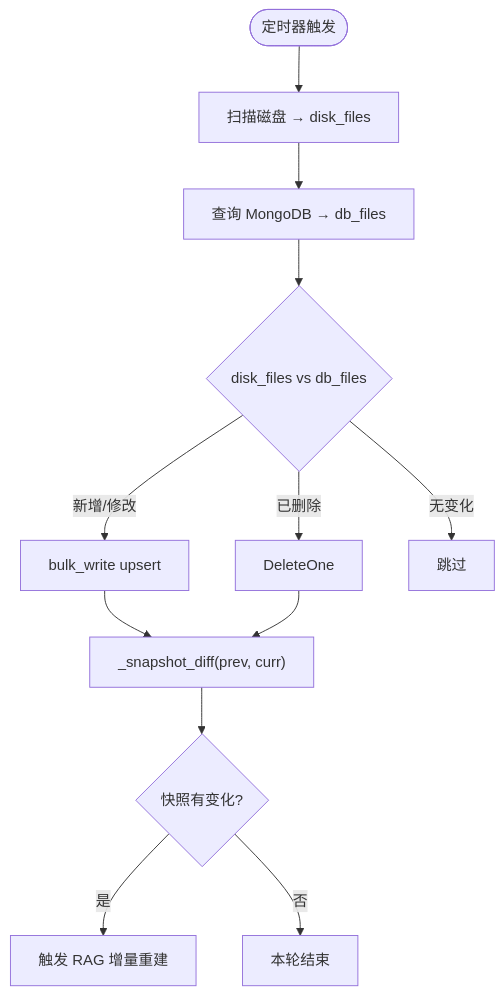
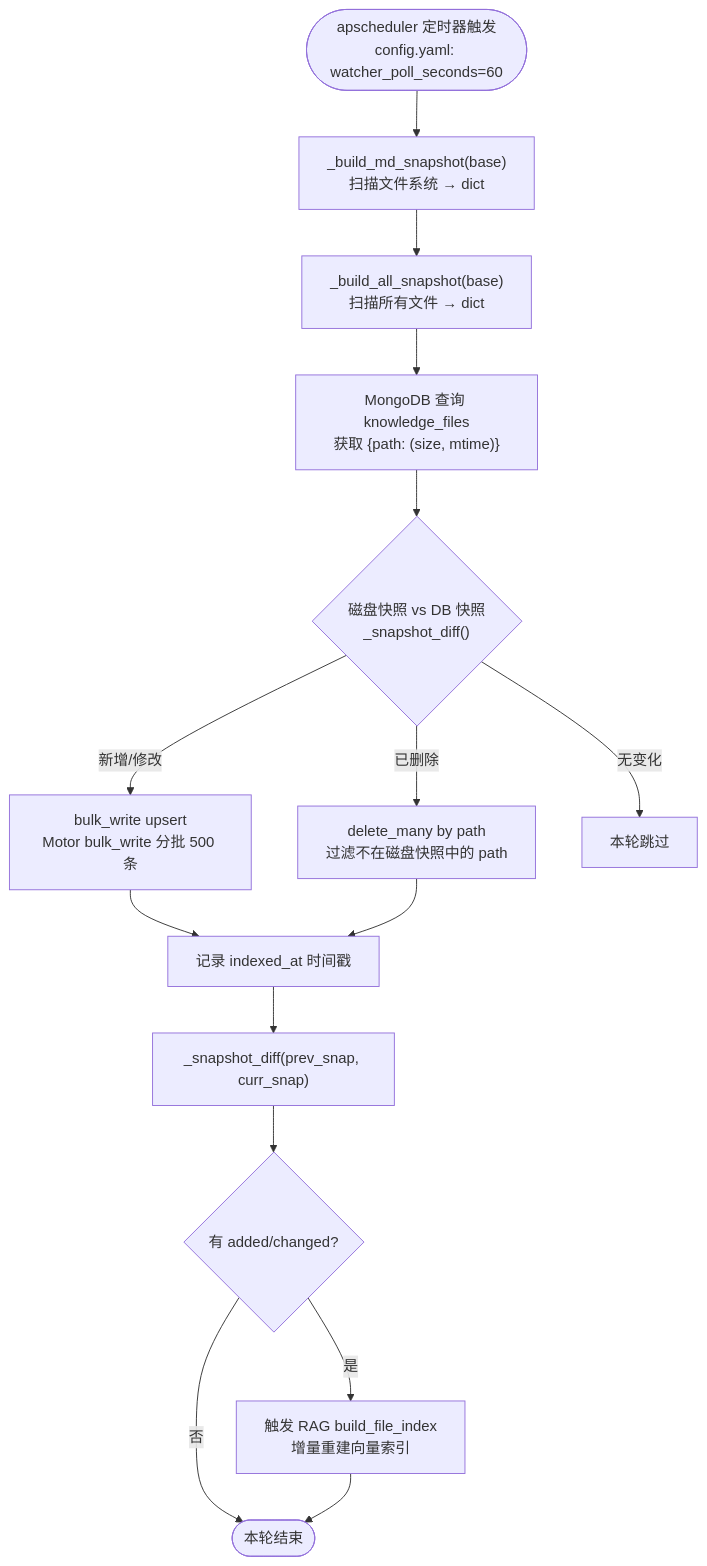
Before and after one commit to effiy/YrY: the second of 2 diagrams in YiKnowledge/projects/yiai/devs/2026-07/02-prd-task-知识库监听器.md, drawn with Mermaid. The commit also changed other lines of this file and 4958 other files, not shown here.

````diff
--- a/YiKnowledge/projects/yiai/devs/2026-07/02-prd-task-知识库监听器.md
+++ b/YiKnowledge/projects/yiai/devs/2026-07/02-prd-task-知识库监听器.md
@@ -109,14 +427,17 @@
 ```mermaid
 flowchart TD
-  A(["定时器触发"]) --> B["扫描磁盘 → disk_files"]
-  B --> C["查询 MongoDB → db_files"]
-  C --> D{"disk_files vs db_files"}
-  D -- "新增/修改" --> E["bulk_write upsert"]
-  D -- "已删除" --> F["DeleteOne"]
-  D -- "无变化" --> G["跳过"]
-  E --> H["_snapshot_diff(prev, curr)"]
-  F --> H
-  H --> I{"快照有变化?"}
-  I -- 是 --> J["触发 RAG 增量重建"]
-  I -- 否 --> K["本轮结束"]
+  A(["apscheduler 定时器触发<br/>config.yaml: watcher_poll_seconds=60"]) --> B["_build_md_snapshot(base)<br/>扫描文件系统 → dict"]
+  B --> C["_build_all_snapshot(base)<br/>扫描所有文件 → dict"]
+  C --> D["MongoDB 查询 knowledge_files<br/>获取 {path: (size, mtime)}"]
+  D --> E{"磁盘快照 vs DB 快照<br/>_snapshot_diff()"}
+  E -- "新增/修改" --> F["bulk_write upsert<br/>Motor bulk_write 分批 500 条"]
+  E -- "已删除" --> G["delete_many by path<br/>过滤不在磁盘快照中的 path"]
+  E -- "无变化" --> H["本轮跳过"]
+  F --> I["记录 indexed_at 时间戳"]
+  G --> I
+  I --> J["_snapshot_diff(prev_snap, curr_snap)"]
+  J --> K{"有 added/changed?"}
+  K -- 是 --> L["触发 RAG build_file_index<br/>增量重建向量索引"]
+  K -- 否 --> M(["本轮结束"])
+  L --> M
 ```
````
